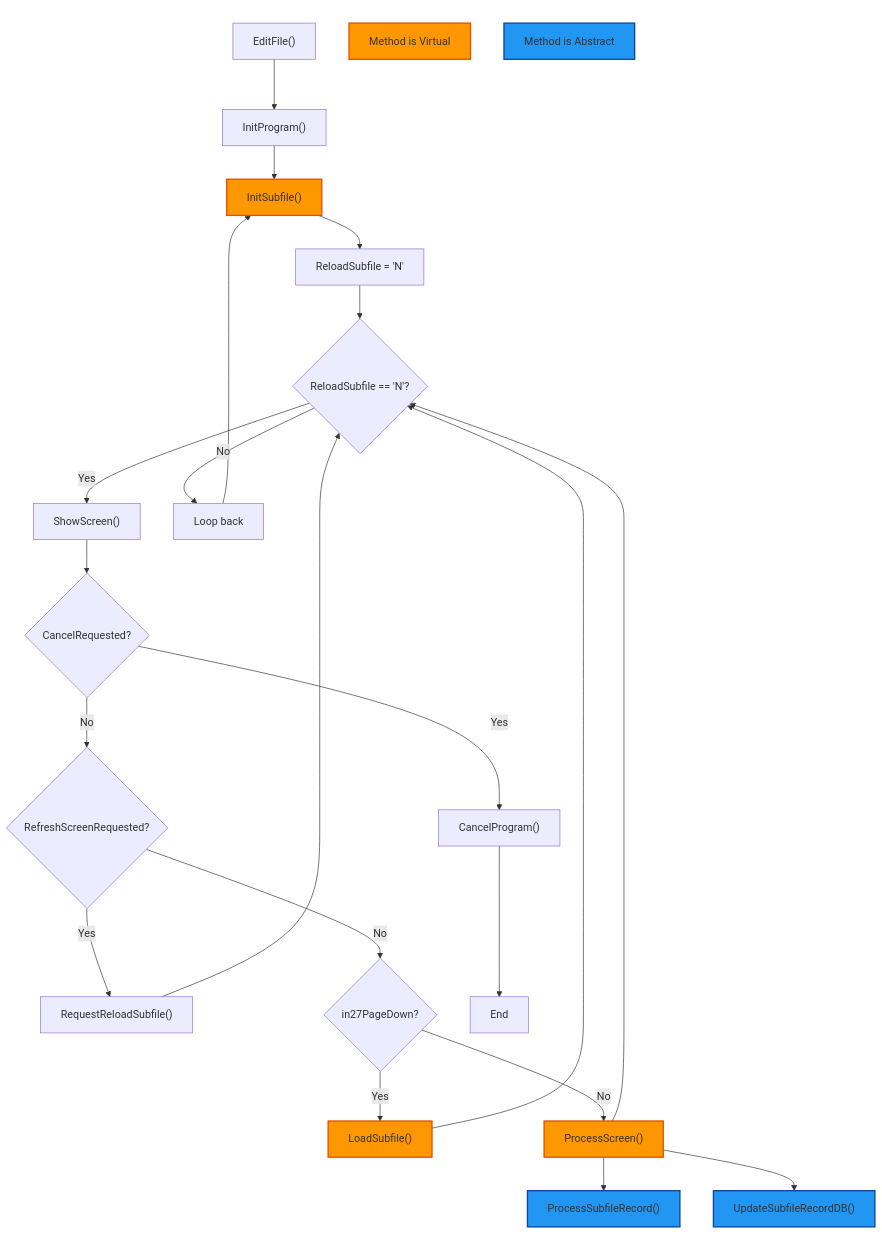
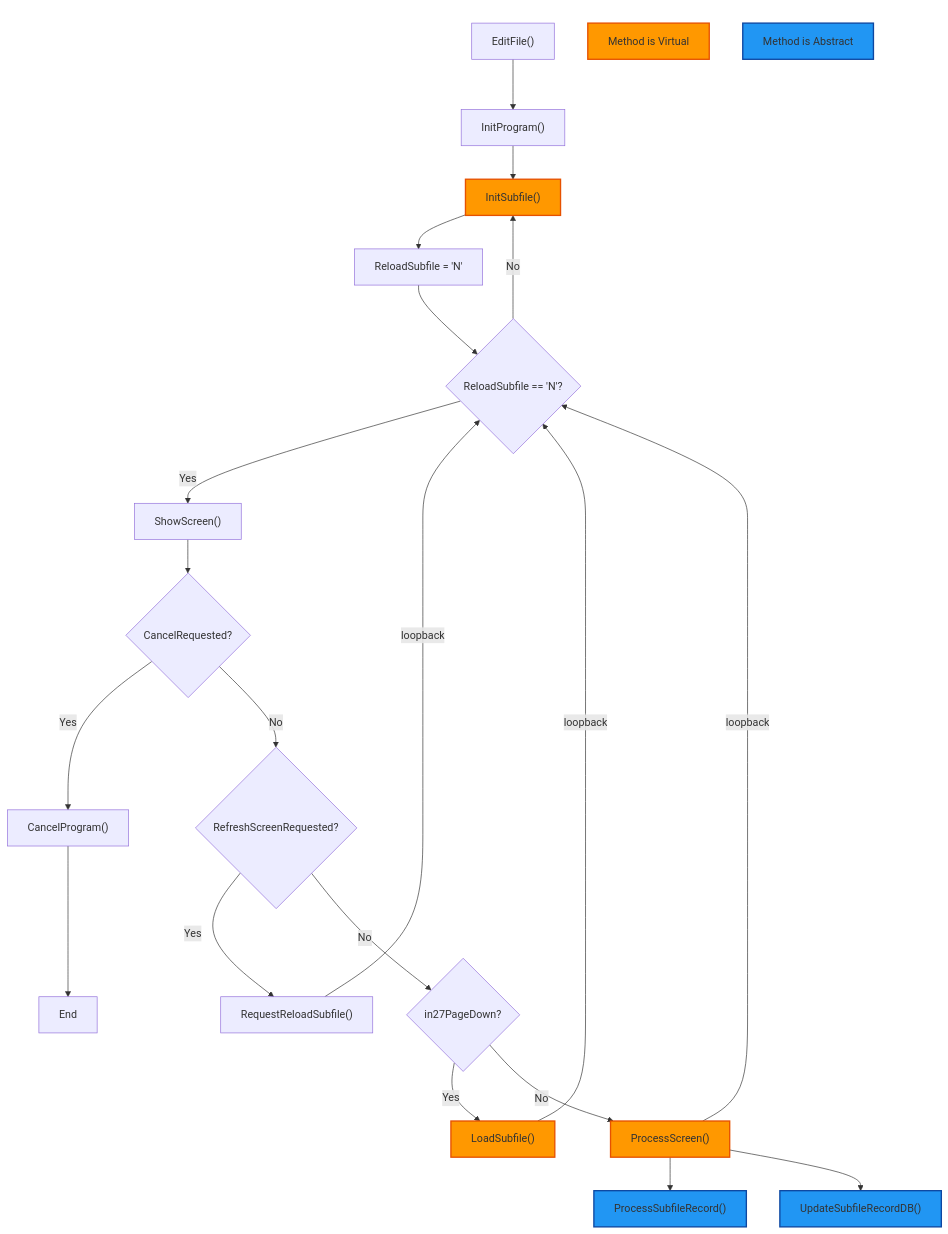
Before and after one commit to asnaqsys/asnaqsys.github.io: the first of 2 diagrams in manuals/escape/fx/edit-file-function.md, drawn with Mermaid. The commit also changed 4 other files, not shown here.

Commit message:
Simplify flowchart and label loopbacks.

```diff
--- a/manuals/escape/fx/edit-file-function.md
+++ b/manuals/escape/fx/edit-file-function.md
@@ -43,41 +43,40 @@
 <pre class="mermaid">
 
 flowchart TD
     A["EditFile()"] --> B["InitProgram()"]
     B --> C["InitSubfile()"]
     C --> D["ReloadSubfile = 'N'"]
     D --> E{"ReloadSubfile == 'N'?"}
     E -->|Yes| F["ShowScreen()"]
+    E -->|No| C
     F --> G{"CancelRequested?"}
     G -->|Yes| H["CancelProgram()"]
     G -->|No| I{"RefreshScreenRequested?"}
     I -->|Yes| J["RequestReloadSubfile()"]
     I -->|No| K{"in27PageDown?"}
     K -->|Yes| L["LoadSubfile()"]
     K -->|No| M["ProcessScreen()"]
     M --> PR["ProcessSubfileRecord()"]
     M --> UR["UpdateSubfileRecordDB()"]
     H --> N["End"]
-    J --> E
-    L --> E
-    M --> E
-    E -->|No| O["Loop back"]
-    O --> C
-
+    J --> |loopback| E
+    L --> |loopback| E
+    M --> |loopback| E
+    
    subgraph subA [" "]
       A
       VirtualTag["Method is Virtual"]
       AbstractTag["Method is Abstract"]
       class VirtualTag virtual;
       class AbstractTag abstract;
    end
 
    classDef virtual fill:#ff9800,stroke:#e65100,stroke-width:2px;
    classDef abstract fill:#2196f3,stroke:#0d47a1,stroke-width:2px;
    classDef colorKey fill:transparent,stroke-width:0;
    class subA colorKey
 
    class C,L,M virtual;
    class PR,UR abstract;
 
 </pre>
```
